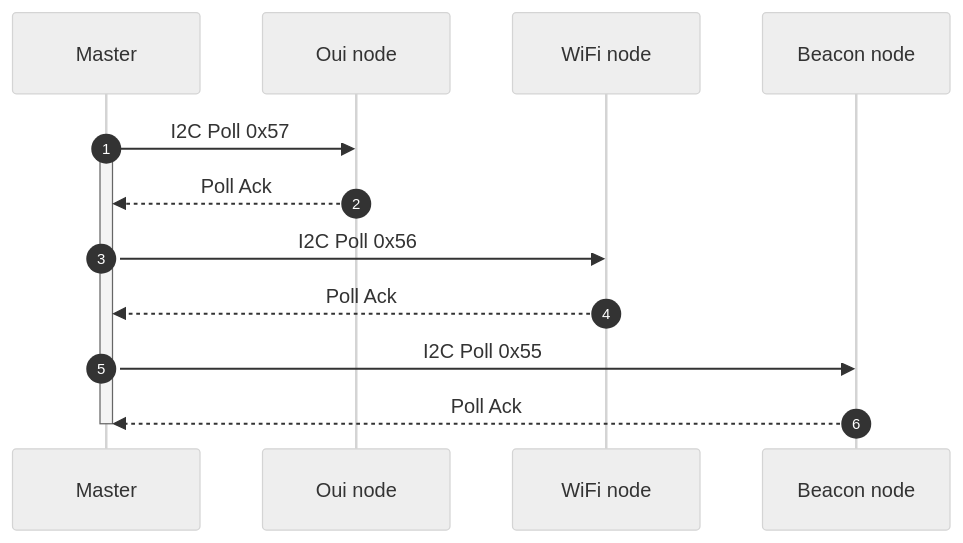
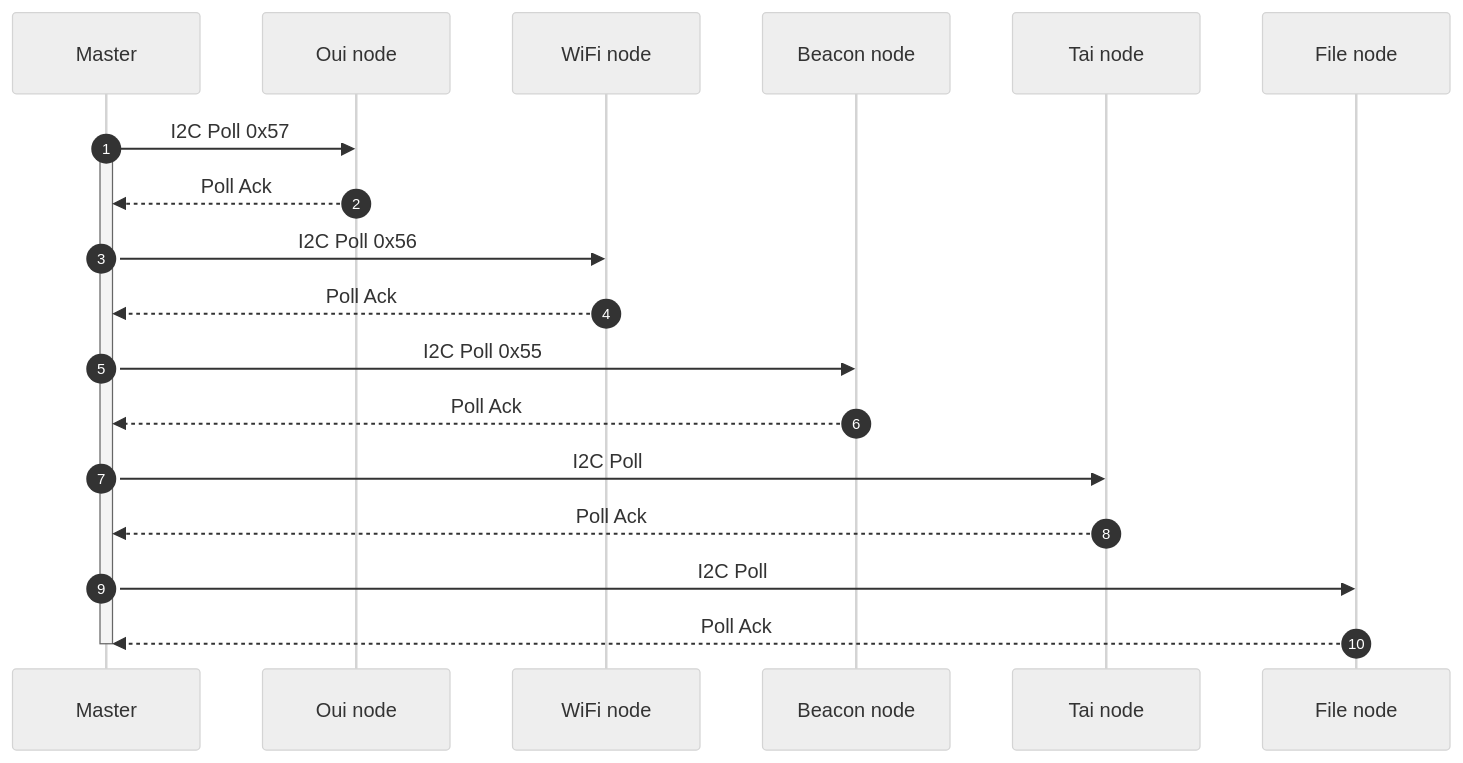
The first of 2 diagrams in Readme.MD (wicked-rainman/ESP32S3_I2C_Cluster_v2), drawn with Mermaid (neutral theme) before and after one commit.

````diff
--- a/Readme.MD
+++ b/Readme.MD
@@ -19,13 +19,17 @@
 ```mermaid
 sequenceDiagram
     autonumber
     Master->>Oui node: I2C Poll 0x57
     activate Master
     Oui node-->>Master: Poll Ack
     Master->>WiFi node: I2C Poll 0x56
     WiFi node-->>Master: Poll Ack
     Master->>Beacon node: I2C Poll 0x55
     Beacon node-->>Master: Poll Ack
+    Master->>Tai node: I2C Poll
+    Tai node-->>Master: Poll Ack
+    Master->>File node: I2C Poll
+    File node-->>Master: Poll Ack
     deactivate Master
 
 ```
````
